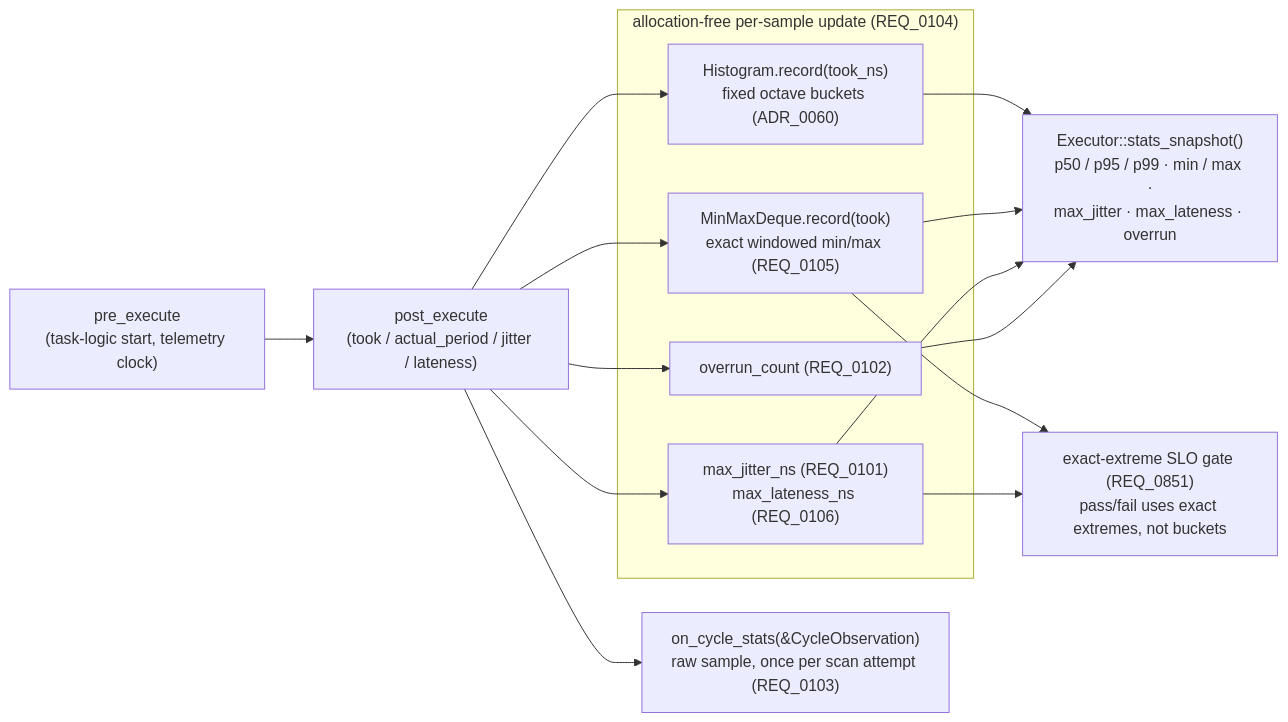
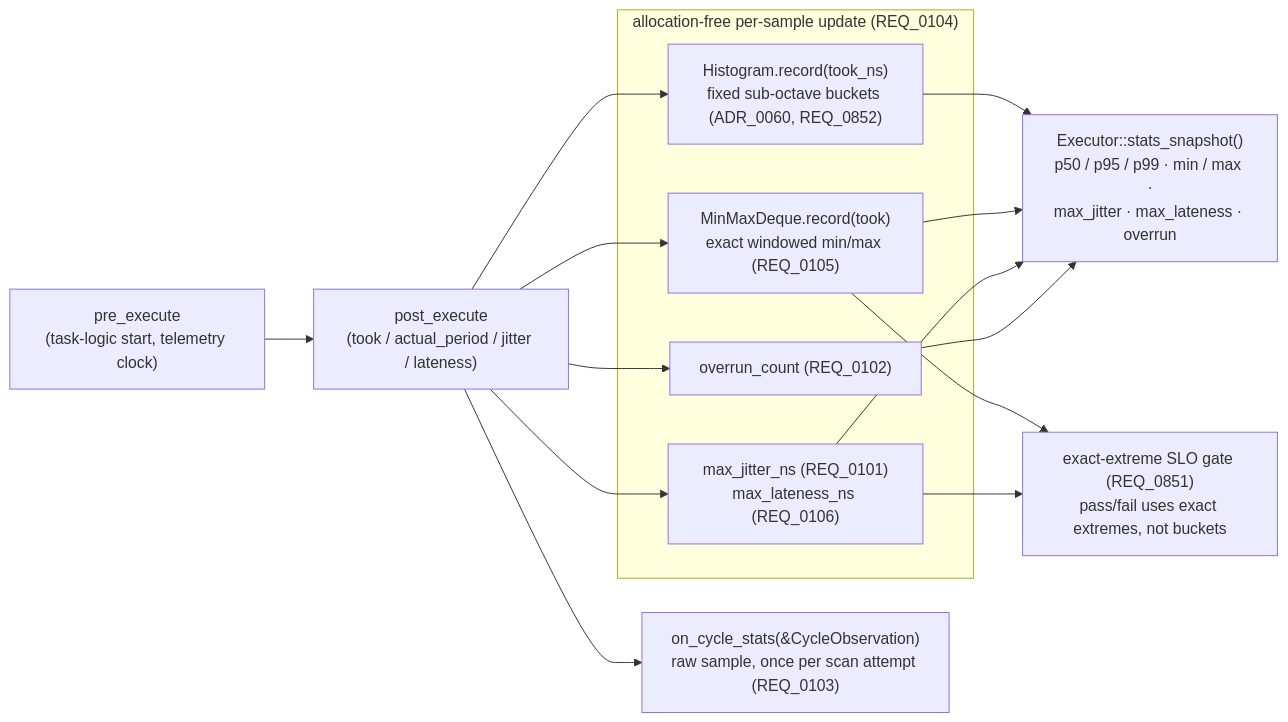
The diagram in spec/architecture/plc-runtime/observability.rst (patdhlk/taktora), drawn with Mermaid before and after one commit. The commit also changed other lines of this file and 2 other files, not shown here.

First line of the commit message:
docs(spec): mark REQ_0852 + TEST_0868 implemented (REQ_0852)

```diff
--- a/spec/architecture/plc-runtime/observability.rst
+++ b/spec/architecture/plc-runtime/observability.rst
@@ -14,27 +14,27 @@
 .. mermaid::
 
    flowchart LR
        Pre["pre_execute<br/>(task-logic start, telemetry clock)"]
        Post["post_execute<br/>(took / actual_period / jitter / lateness)"]
        subgraph Update["allocation-free per-sample update (REQ_0104)"]
-           Hist["Histogram.record(took_ns)<br/>fixed octave buckets (ADR_0060)"]
+           Hist["Histogram.record(took_ns)<br/>fixed sub-octave buckets (ADR_0060, REQ_0852)"]
            Deque["MinMaxDeque.record(took)<br/>exact windowed min/max (REQ_0105)"]
            Jit["max_jitter_ns (REQ_0101)<br/>max_lateness_ns (REQ_0106)"]
            Ovr["overrun_count (REQ_0102)"]
        end
        Push["on_cycle_stats(&CycleObservation)<br/>raw sample, once per scan attempt (REQ_0103)"]
        Pull["Executor::stats_snapshot()<br/>p50 / p95 / p99 · min / max ·<br/>max_jitter · max_lateness · overrun"]
        Gate["exact-extreme SLO gate (REQ_0851)<br/>pass/fail uses exact extremes, not buckets"]
 
        Pre --> Post
        Post --> Hist
        Post --> Deque
        Post --> Jit
        Post --> Ovr
        Post --> Push
        Hist --> Pull
        Deque --> Pull
        Jit --> Pull
        Ovr --> Pull
        Deque --> Gate
        Jit --> Gate
```
